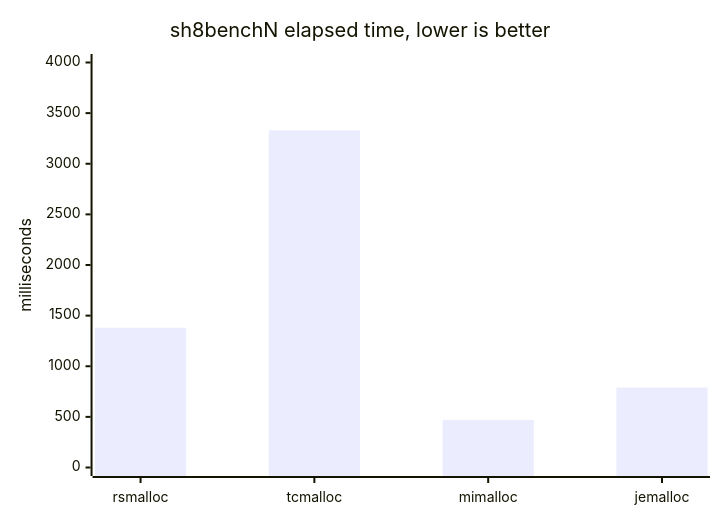
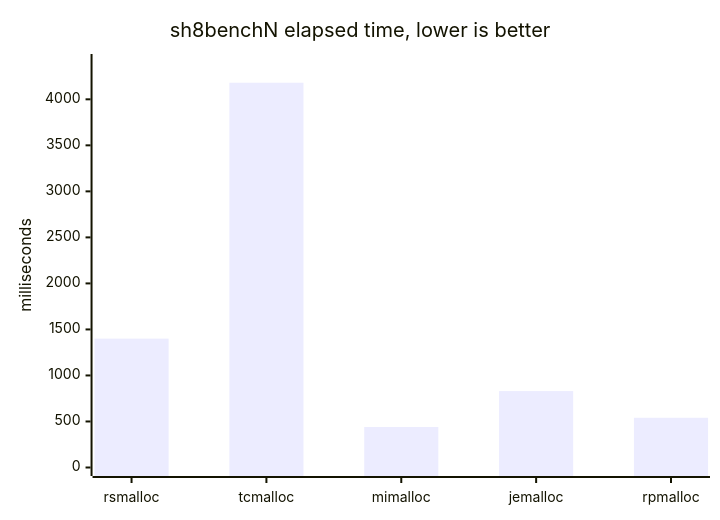
Before and after one commit to Metehan120/rsmalloc: the seventh of 10 diagrams in benchmarks/benchmarks.md, drawn with Mermaid. The commit also changed other lines of this file and 64 other files, not shown here.

````diff
--- a/benchmarks/benchmarks.md
+++ b/benchmarks/benchmarks.md
@@ -142,7 +164,7 @@
 ```mermaid
 xychart-beta
     title "sh8benchN elapsed time, lower is better"
-    x-axis [rsmalloc, tcmalloc, mimalloc, jemalloc]
-    y-axis "milliseconds" 0 --> 4000
-    bar [1380, 3330, 470, 790]
+    x-axis [rsmalloc, tcmalloc, mimalloc, jemalloc, rpmalloc]
+    y-axis "milliseconds" 0 --> 4400
+    bar [1400, 4180, 440, 830, 540]
 ```
````
